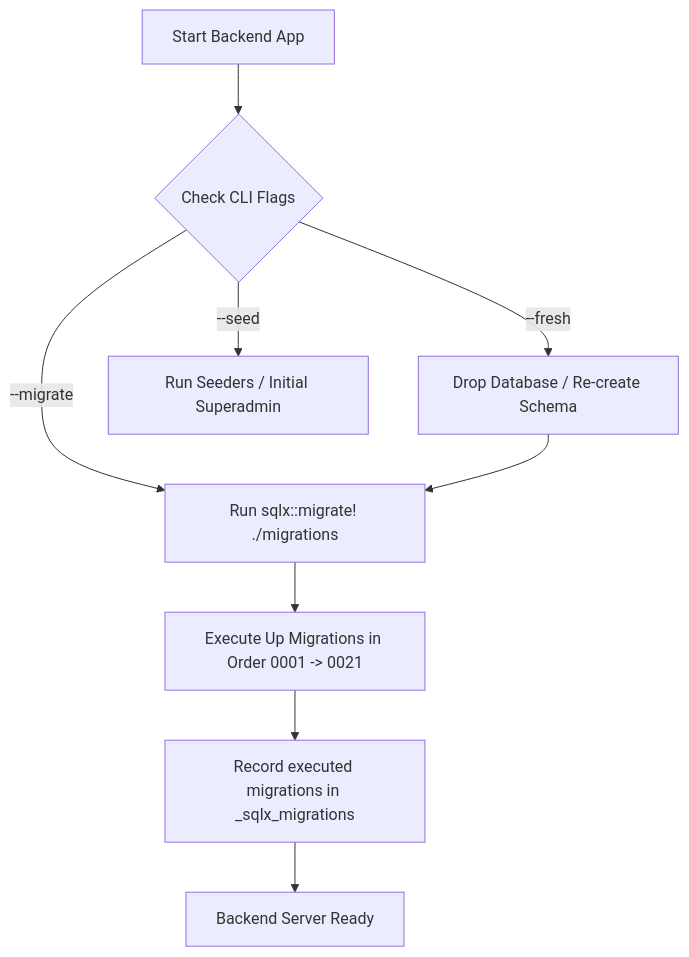
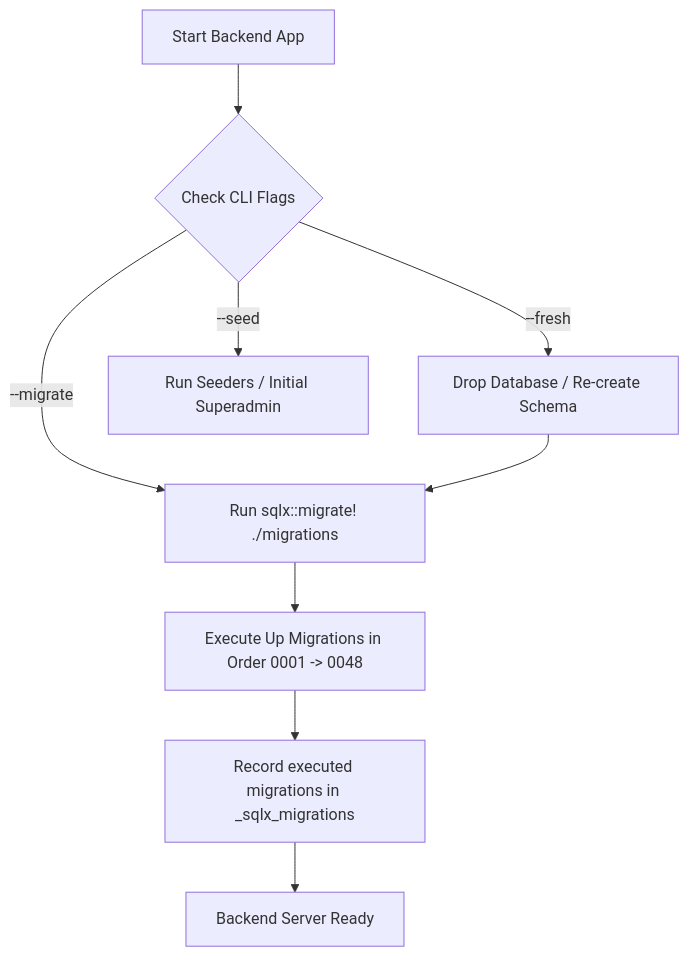
Before and after one commit to YovanggaAnandhika/DKA-Sigma-Digital-Signage-Enterprise: the first of 2 diagrams in docs/DDL.md, drawn with Mermaid. The commit also changed other lines of this file and 8 other files, not shown here.

Commit message:
docs: update AI context and agent documentation for backend and frontend architectures

````diff
--- a/docs/DDL.md
+++ b/docs/DDL.md
@@ -11,11 +11,11 @@
 ```mermaid
 flowchart TD
     A[Start Backend App] --> B{Check CLI Flags}
     B -->|--fresh| C[Drop Database / Re-create Schema]
     B -->|--migrate| D[Run sqlx::migrate! ./migrations]
     B -->|--seed| E[Run Seeders / Initial Superadmin]
     C --> D
-    D --> F[Execute Up Migrations in Order 0001 -> 0021]
+    D --> F[Execute Up Migrations in Order 0001 -> 0048]
     F --> G[Record executed migrations in _sqlx_migrations]
     G --> H[Backend Server Ready]
 ```
````
